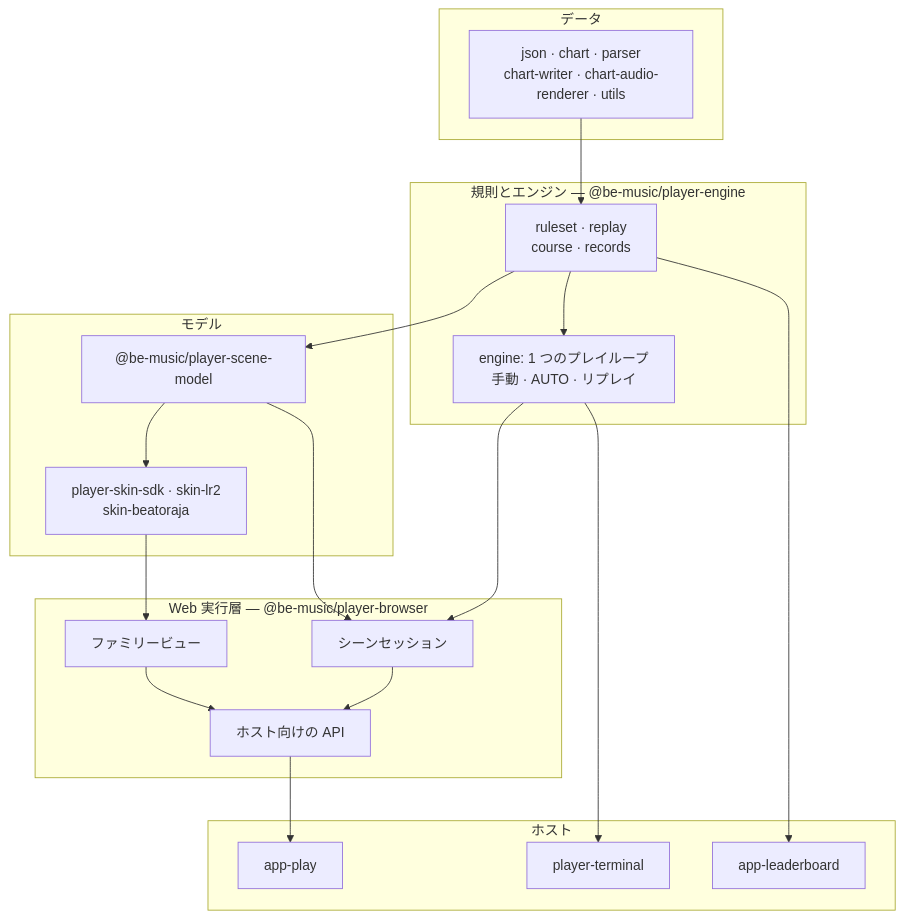
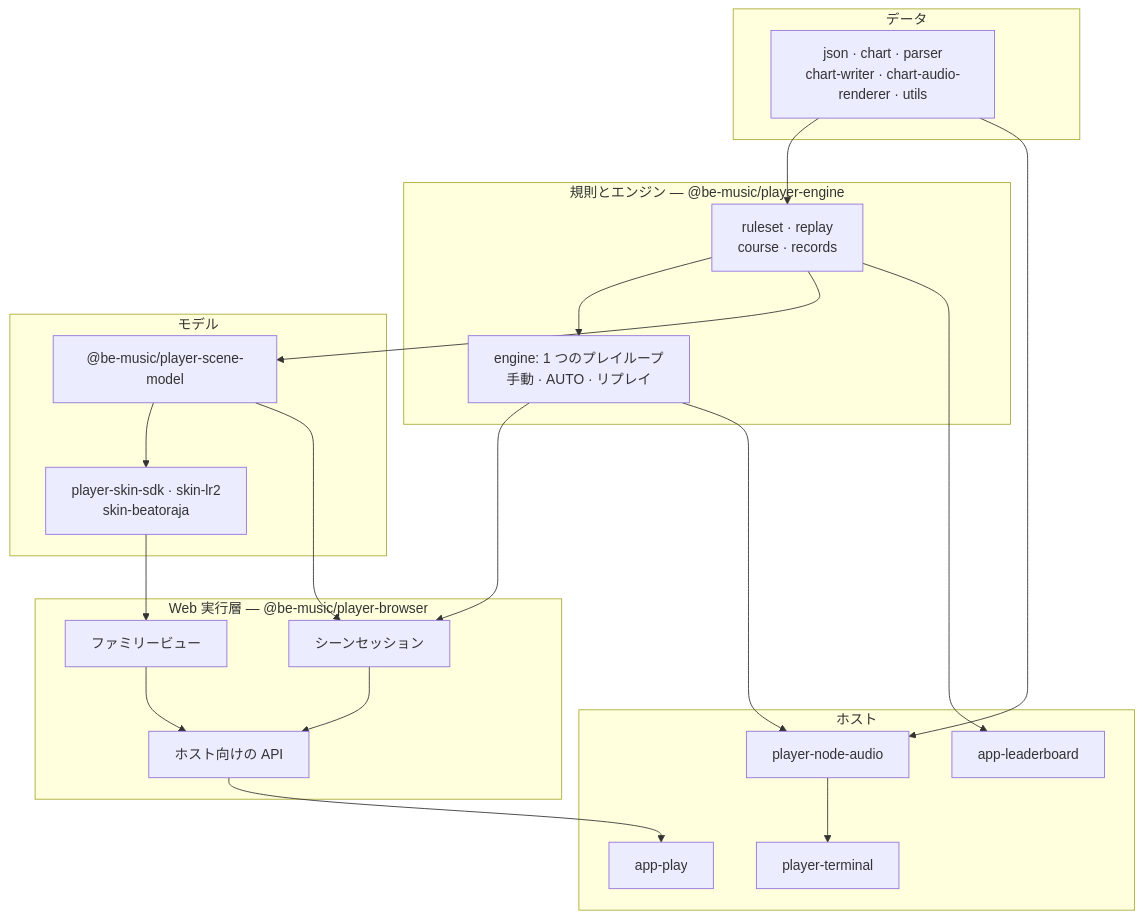
One commit to nulltask/be-music changed the third of 3 diagrams in docs/architecture.ja.md. Above: the diagram before and after it, drawn with Mermaid. The commit also changed other lines of this file and 58 other files, not shown here.

Commit message:
refactor(player): extract the Node audio adapter

````diff
--- a/docs/architecture.ja.md
+++ b/docs/architecture.ja.md
@@ -179,35 +181,37 @@
 ```mermaid
 flowchart TD
   subgraph data["データ"]
     d["json · chart · parser<br/>chart-writer · chart-audio-renderer · utils"]
   end
   subgraph domain["規則とエンジン — @be-music/player-engine"]
     rules["ruleset · replay<br/>course · records"]
     engine["engine: 1 つのプレイループ<br/>手動 · AUTO · リプレイ"]
   end
   subgraph models["モデル"]
     scene["@be-music/player-scene-model"]
     skins["player-skin-sdk · skin-lr2<br/>skin-beatoraja"]
   end
   subgraph web["Web 実行層 — @be-music/player-browser"]
     sessions["シーンセッション"]
     views["ファミリービュー"]
     hostApi["ホスト向けの API"]
   end
   subgraph hosts["ホスト"]
     demo["app-play"]
     tui["player-terminal"]
+    nodeaudio["player-node-audio"]
     lb["app-leaderboard"]
   end
 
   d --> rules --> engine
   rules --> scene --> skins
   engine --> sessions
   scene --> sessions
   skins --> views
   sessions --> hostApi
   views --> hostApi
   hostApi --> demo
-  engine --> tui
+  engine --> nodeaudio --> tui
+  d --> nodeaudio
   rules --> lb
 ```
````
